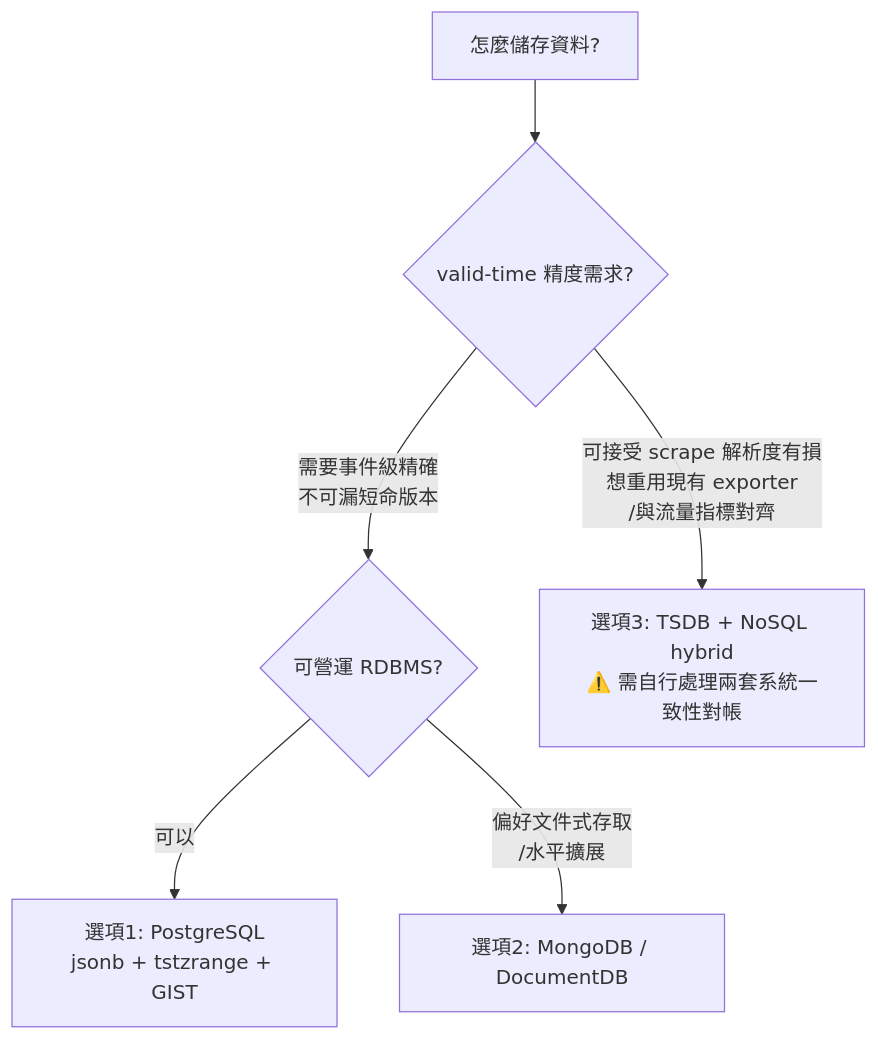
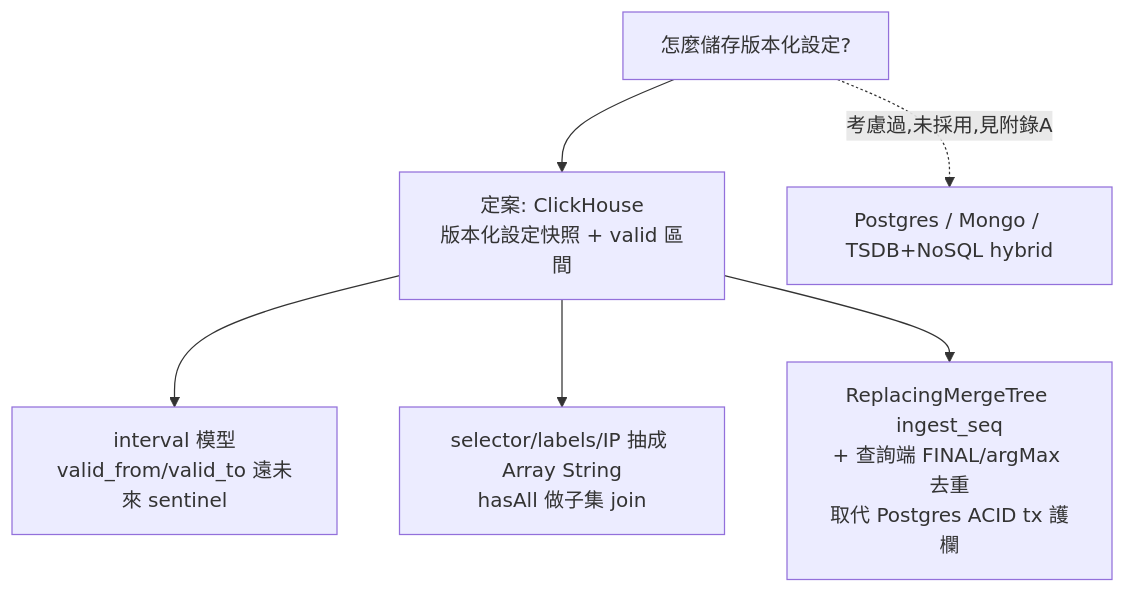
Before and after one commit to jcswiftie13/custom-k8s-resource-metadata-watcher: the first of 6 diagrams in docs/istio-virtualservice-routing-history-design.md, drawn with Mermaid. The commit also changed other lines of this file and 12 other files, not shown here.

````diff
--- a/docs/istio-virtualservice-routing-history-design.md
+++ b/docs/istio-virtualservice-routing-history-design.md
@@ -40,8 +69,8 @@
 ```mermaid
 graph TD
-    A[怎麼儲存資料?] --> B{valid-time 精度需求?}
-    B -->|需要事件級精確<br/>不可漏短命版本| C{可營運 RDBMS?}
-    C -->|可以| D[選項1: PostgreSQL<br/>jsonb + tstzrange + GIST]
-    C -->|偏好文件式存取<br/>/水平擴展| E[選項2: MongoDB / DocumentDB]
-    B -->|可接受 scrape 解析度有損<br/>想重用現有 exporter<br/>/與流量指標對齊| F[選項3: TSDB + NoSQL hybrid<br/>⚠️ 需自行處理兩套系統一致性對帳]
+    A[怎麼儲存版本化設定?] --> B[定案: ClickHouse<br/>版本化設定快照 + valid 區間]
+    B --> C[interval 模型<br/>valid_from/valid_to 遠未來 sentinel]
+    B --> D[selector/labels/IP 抽成 Array String<br/>hasAll 做子集 join]
+    B --> E[ReplacingMergeTree ingest_seq<br/>+ 查詢端 FINAL/argMax 去重<br/>取代 Postgres ACID tx 護欄]
+    A -.->|考慮過,未採用,見附錄A| F[Postgres / Mongo / TSDB+NoSQL hybrid]
 ```
````
